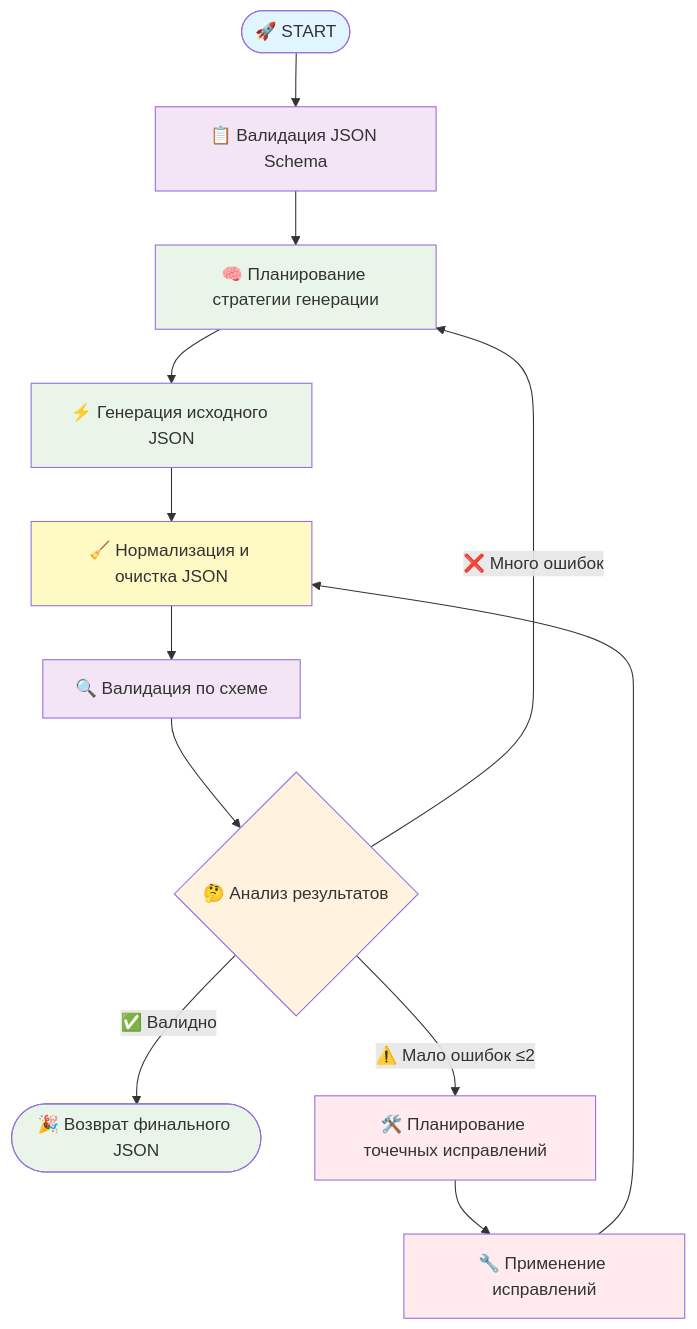
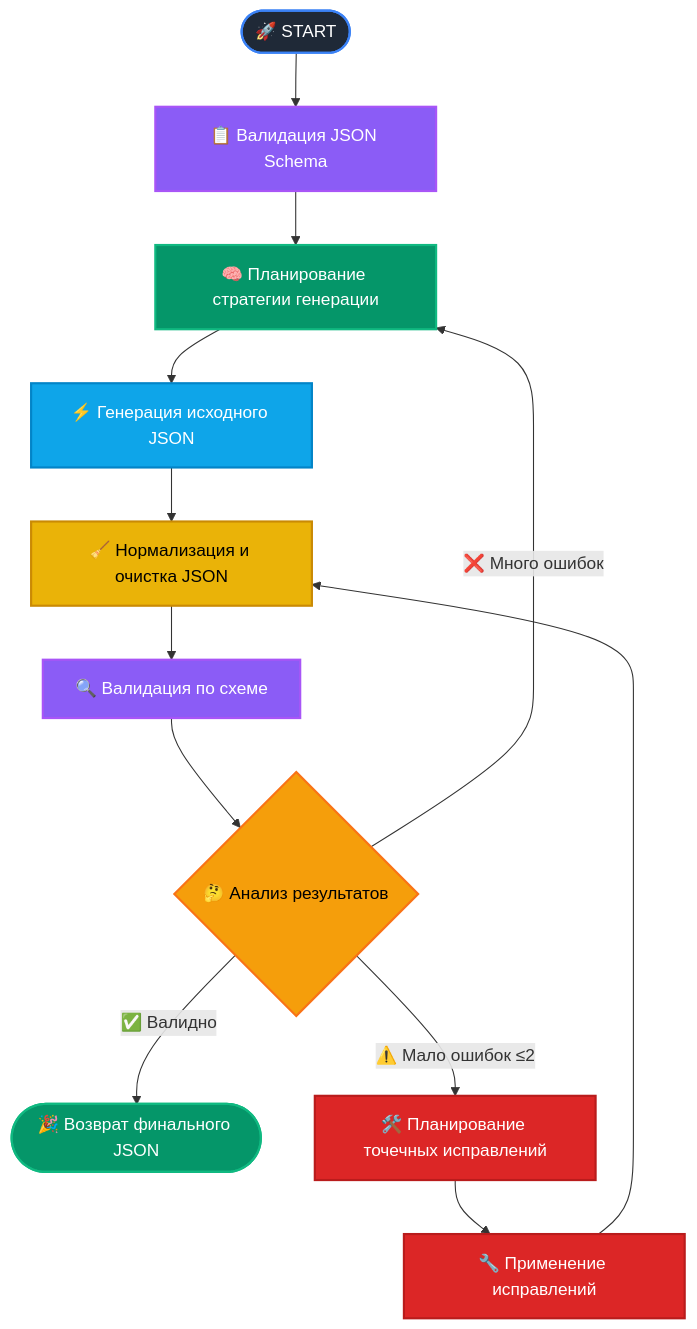
One commit to ai-qa-solutions/ai-test-data-generation changed the diagram in README.ru.md. Above: the diagram before and after it, drawn with Mermaid. The commit also changed 1 other file, not shown here.

Commit message:
edit md files
Work on #2

````diff
--- a/README.ru.md
+++ b/README.ru.md
@@ -26,27 +26,27 @@
 ```mermaid
 graph TD
     START([🚀 START]) --> validate_schema[📋 Валидация JSON Schema]
     validate_schema --> plan_generation[🧠 Планирование стратегии генерации]
     plan_generation --> generate_initial_json[⚡ Генерация исходного JSON]
     generate_initial_json --> normalize_json[🧹 Нормализация и очистка JSON]
     normalize_json --> validate_json[🔍 Валидация по схеме]
     validate_json --> reason_and_route{🤔 Анализ результатов}
     
     reason_and_route -->|✅ Валидно| END([🎉 Возврат финального JSON])
     reason_and_route -->|⚠️ Мало ошибок ≤2| plan_fix[🛠️ Планирование точечных исправлений]
     reason_and_route -->|❌ Много ошибок| plan_generation
     
     plan_fix --> apply_fix[🔧 Применение исправлений]
     apply_fix --> normalize_json
     
-    style START fill:#e1f5fe
-    style END fill:#e8f5e8
-    style reason_and_route fill:#fff3e0
-    style validate_schema fill:#f3e5f5
-    style plan_generation fill:#e8f5e8
-    style generate_initial_json fill:#e8f5e8
-    style normalize_json fill:#fff9c4
-    style validate_json fill:#f3e5f5
-    style plan_fix fill:#ffebee
-    style apply_fix fill:#ffebee
+    style START fill:#1f2937,stroke:#3b82f6,stroke-width:2px,color:#ffffff
+    style END fill:#059669,stroke:#10b981,stroke-width:2px,color:#ffffff
+    style reason_and_route fill:#f59e0b,stroke:#f97316,stroke-width:2px,color:#000000
+    style validate_schema fill:#8b5cf6,stroke:#a855f7,stroke-width:2px,color:#ffffff
+    style plan_generation fill:#059669,stroke:#10b981,stroke-width:2px,color:#ffffff
+    style generate_initial_json fill:#0ea5e9,stroke:#0284c7,stroke-width:2px,color:#ffffff
+    style normalize_json fill:#eab308,stroke:#ca8a04,stroke-width:2px,color:#000000
+    style validate_json fill:#8b5cf6,stroke:#a855f7,stroke-width:2px,color:#ffffff
+    style plan_fix fill:#dc2626,stroke:#b91c1c,stroke-width:2px,color:#ffffff
+    style apply_fix fill:#dc2626,stroke:#b91c1c,stroke-width:2px,color:#ffffff
 ```
````
